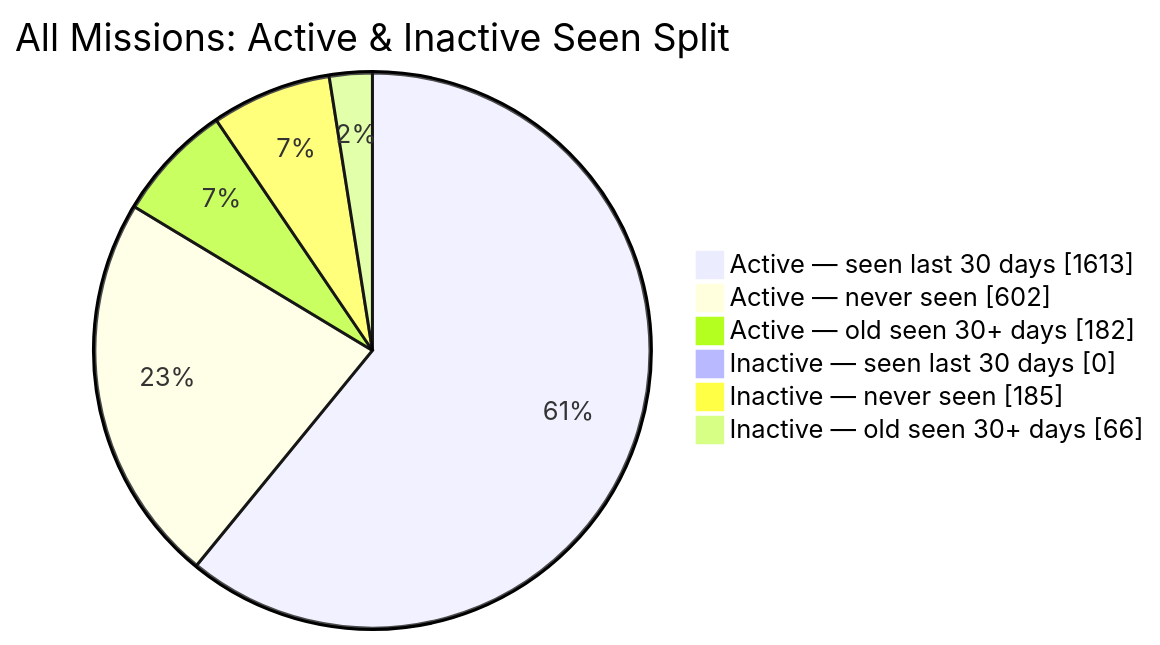
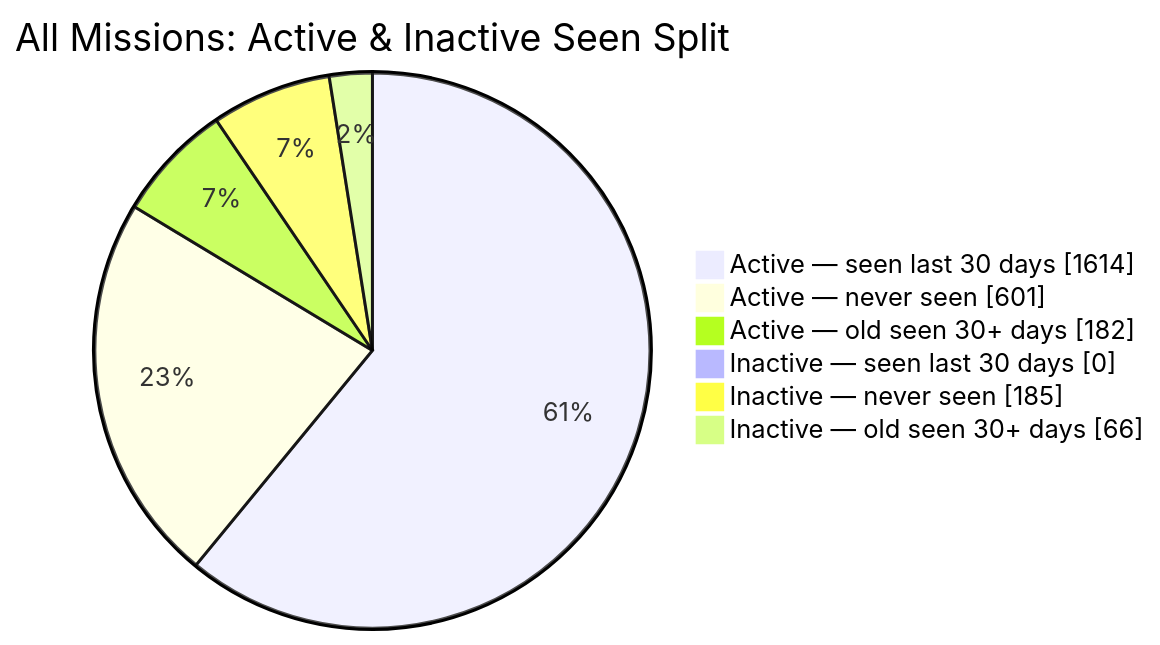
The second of 2 diagrams in README.md (MeldkamerspelGameTeam/active-missions), drawn with Mermaid before and after one commit. The commit also changed other lines of this file and 3 other files, not shown here.

````diff
--- a/README.md
+++ b/README.md
@@ -44,10 +44,10 @@
 ```mermaid
 pie showData
     title All Missions: Active & Inactive Seen Split
-    "Active — seen last 30 days" : 1613
-    "Active — never seen" : 602
+    "Active — seen last 30 days" : 1614
+    "Active — never seen" : 601
     "Active — old seen 30+ days" : 182
     "Inactive — seen last 30 days" : 0
     "Inactive — never seen" : 185
     "Inactive — old seen 30+ days" : 66
 ```
````
